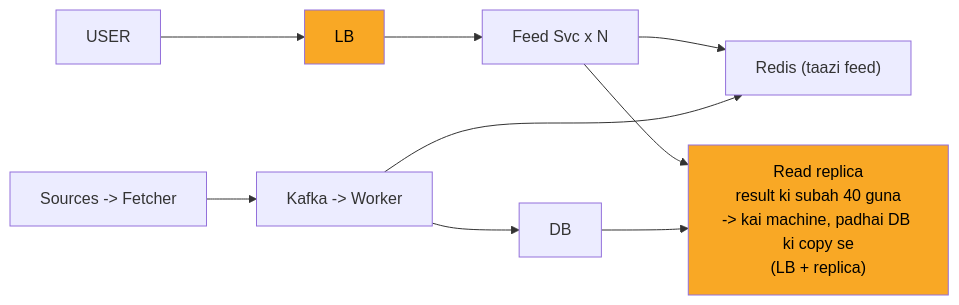
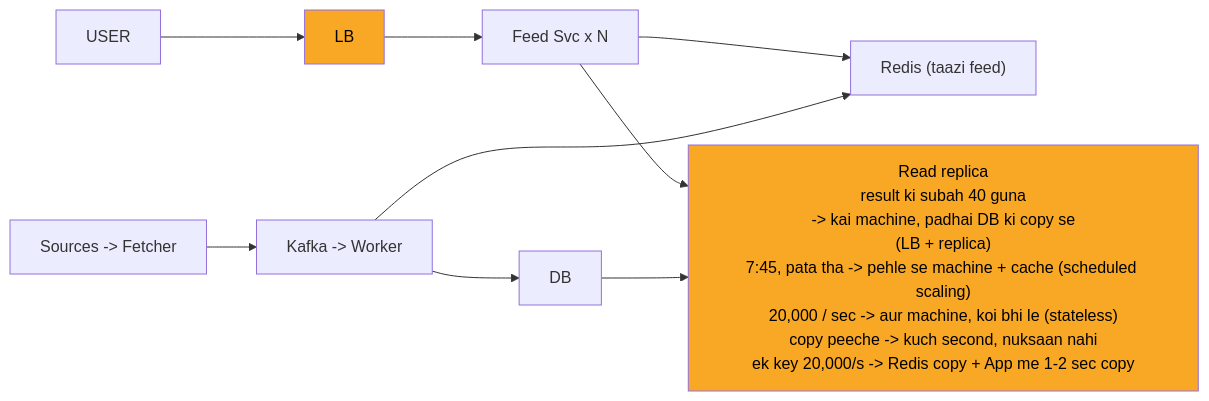
One commit to ArpanMaheshwari144/Prep changed the fourth of 11 diagrams in 04_HLD/SYSTEM_DESIGNS/08_news_aggregator/08_news_aggregator_INTERVIEW.md. Above: the diagram before and after it, drawn with Mermaid. The commit also changed other lines of this file and 12 other files, not shown here.

Commit message:
hld 02-14: peele dabbe me SAFAR ke mod + diagram chauda (wrappingWidth 450)

````diff
--- a/04_HLD/SYSTEM_DESIGNS/08_news_aggregator/08_news_aggregator_INTERVIEW.md
+++ b/04_HLD/SYSTEM_DESIGNS/08_news_aggregator/08_news_aggregator_INTERVIEW.md
@@ -149,21 +152,22 @@
 ```mermaid
+%%{init: {"flowchart": {"wrappingWidth": 450}}}%%
 flowchart LR
     n_USER["USER"]
     n_LB["LB"]
     n_Feed_Svc_xN["Feed Svc x N"]
     n_Redis["Redis (taazi feed)"]
-    n_Read_replica["Read replica<br/>result ki subah 40 guna<br/>-> kai machine, padhai DB ki copy se<br/>(LB + replica)"]
+    n_Read_replica["Read replica<br/>result ki subah 40 guna<br/>-> kai machine, padhai DB ki copy se<br/>(LB + replica)<br/>7:45, pata tha -> pehle se machine + cache (scheduled scaling)<br/>20,000 / sec -> aur machine, koi bhi le (stateless)<br/>copy peeche -> kuch second, nuksaan nahi<br/>ek key 20,000/s -> Redis copy + App me 1-2 sec copy"]
     n_DB["DB"]
     n_KW["Kafka -> Worker"]
     n_SF["Sources -> Fetcher"]
     n_USER --> n_LB
     n_LB --> n_Feed_Svc_xN
     n_Feed_Svc_xN --> n_Redis
     n_Feed_Svc_xN --> n_Read_replica
     n_DB --> n_Read_replica
     n_KW --> n_DB
     n_KW --> n_Redis
     n_SF --> n_KW
     style n_LB fill:#f9a825,color:#000
     style n_Read_replica fill:#f9a825,color:#000
 ```
````
